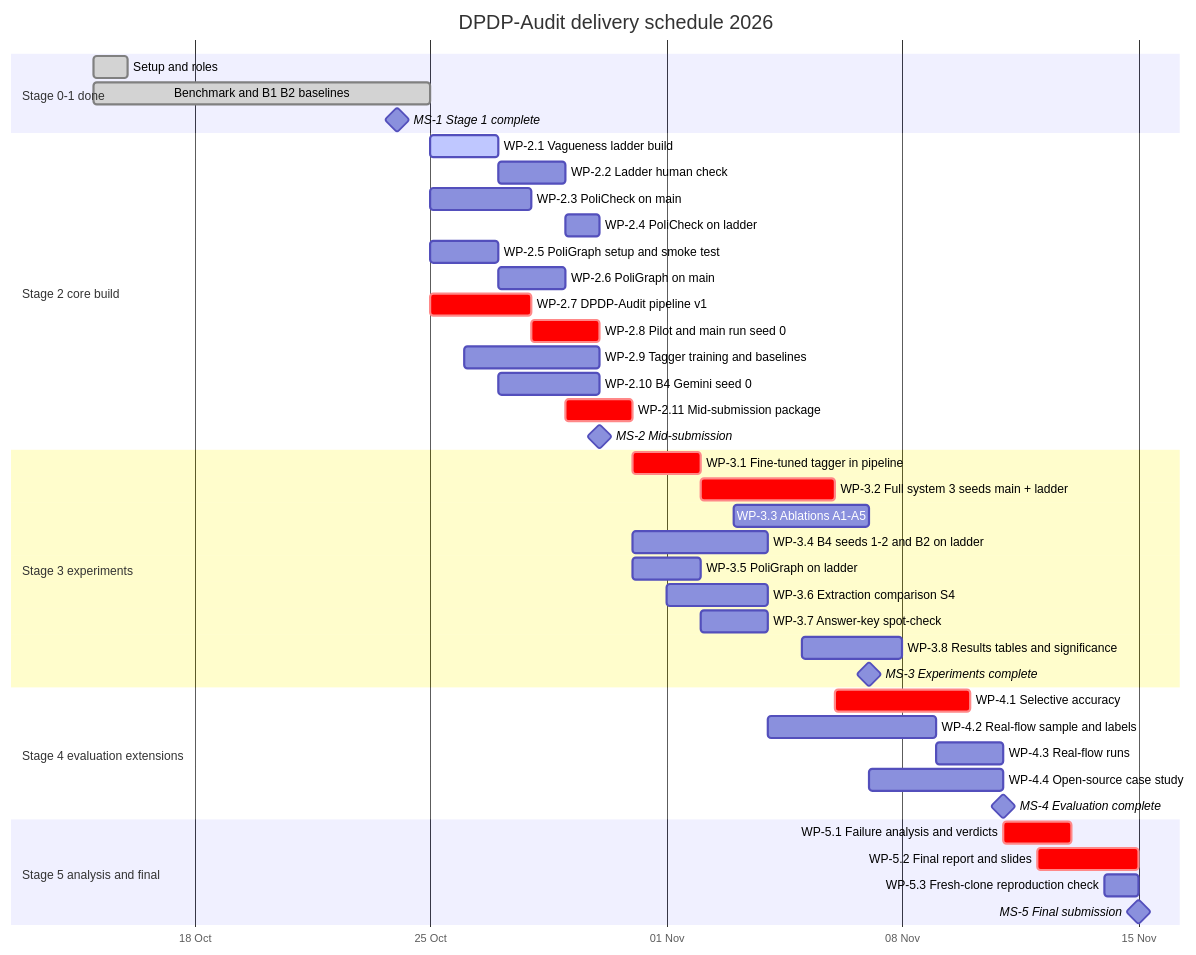
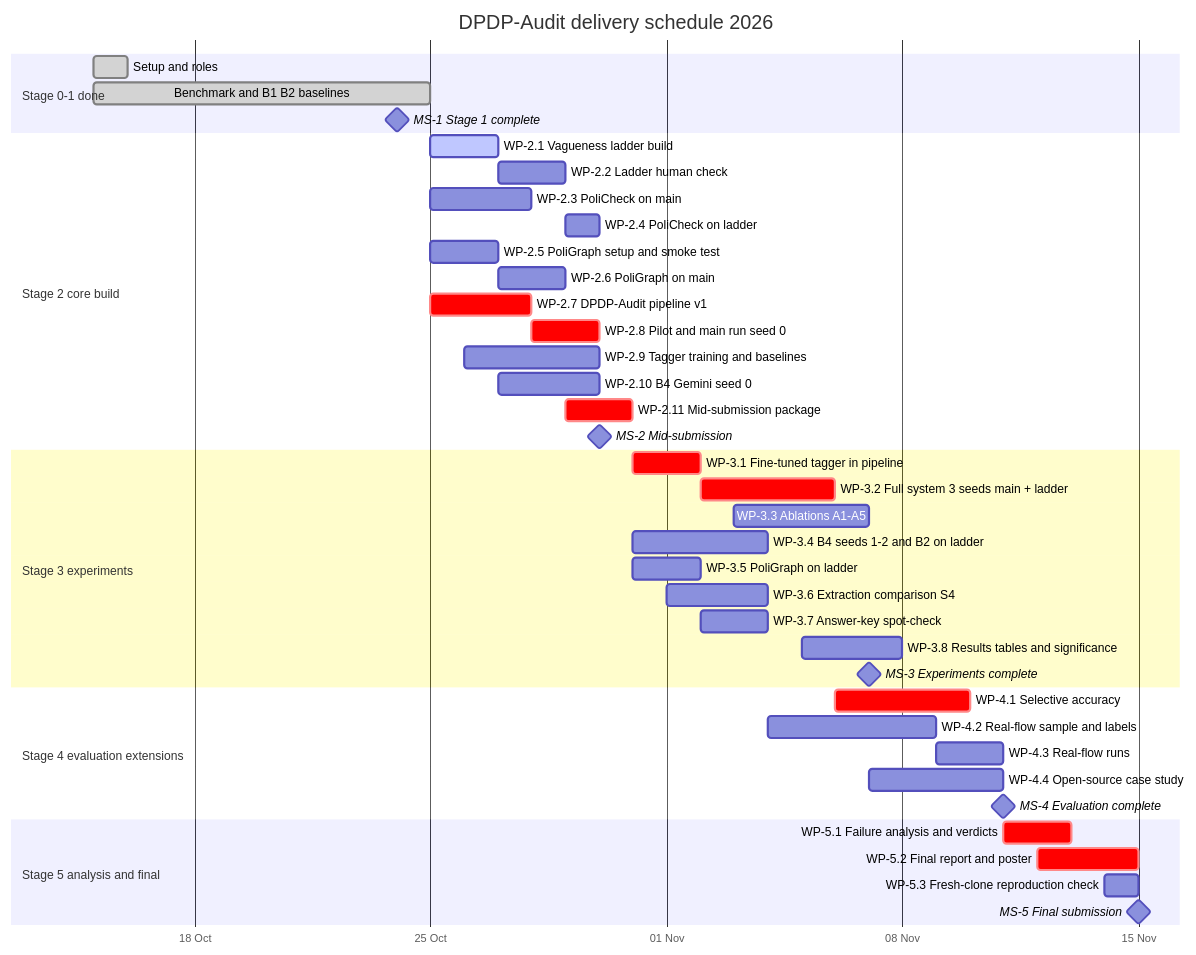
The first of 3 diagrams in plan.md (Anurag-1205/DPDP-Audit), drawn with Mermaid before and after one commit. The commit also changed other lines of this file and 10 other files, not shown here.

First line of the commit message:
Complete WP-5.1 and Stage 5; mark report and poster done

````diff
--- a/plan.md
+++ b/plan.md
@@ -49,51 +49,51 @@
 ```mermaid
 gantt
     title DPDP-Audit delivery schedule 2026
     dateFormat YYYY-MM-DD
     axisFormat %d %b
     tickInterval 1week
     todayMarker off
 
     section Stage 0-1 done
     Setup and roles                          :done, s0, 2026-10-15, 1d
     Benchmark and B1 B2 baselines            :done, s1, 2026-10-15, 10d
     MS-1 Stage 1 complete                    :milestone, ms1, 2026-10-24, 0d
 
     section Stage 2 core build
     WP-2.1 Vagueness ladder build            :active, w21, 2026-10-25, 2d
     WP-2.2 Ladder human check                :w22, after w21, 2d
     WP-2.3 PoliCheck on main                 :w23, 2026-10-25, 3d
     WP-2.4 PoliCheck on ladder               :w24, after w22, 1d
     WP-2.5 PoliGraph setup and smoke test    :w25, 2026-10-25, 2d
     WP-2.6 PoliGraph on main                 :w26, after w25, 2d
     WP-2.7 DPDP-Audit pipeline v1            :crit, w27, 2026-10-25, 3d
     WP-2.8 Pilot and main run seed 0         :crit, w28, after w27, 2d
     WP-2.9 Tagger training and baselines     :w29, 2026-10-26, 4d
     WP-2.10 B4 Gemini seed 0                 :w210, 2026-10-27, 3d
     WP-2.11 Mid-submission package           :crit, w211, 2026-10-29, 2d
     MS-2 Mid-submission                      :milestone, ms2, 2026-10-30, 0d
 
     section Stage 3 experiments
     WP-3.1 Fine-tuned tagger in pipeline     :crit, w31, 2026-10-31, 2d
     WP-3.2 Full system 3 seeds main + ladder :crit, w32, after w31, 4d
     WP-3.3 Ablations A1-A5                   :w33, 2026-11-03, 4d
     WP-3.4 B4 seeds 1-2 and B2 on ladder     :w34, 2026-10-31, 4d
     WP-3.5 PoliGraph on ladder               :w35, 2026-10-31, 2d
     WP-3.6 Extraction comparison S4          :w36, 2026-11-01, 3d
     WP-3.7 Answer-key spot-check             :w37, 2026-11-02, 2d
     WP-3.8 Results tables and significance   :w38, 2026-11-05, 3d
     MS-3 Experiments complete                :milestone, ms3, 2026-11-07, 0d
 
     section Stage 4 evaluation extensions
     WP-4.1 Selective accuracy                :crit, w41, 2026-11-06, 4d
     WP-4.2 Real-flow sample and labels       :w42, 2026-11-04, 5d
     WP-4.3 Real-flow runs                    :w43, after w42, 2d
     WP-4.4 Open-source case study            :w44, 2026-11-07, 4d
     MS-4 Evaluation complete                 :milestone, ms4, 2026-11-11, 0d
 
     section Stage 5 analysis and final
     WP-5.1 Failure analysis and verdicts     :crit, w51, 2026-11-11, 2d
-    WP-5.2 Final report and slides           :crit, w52, 2026-11-12, 3d
+    WP-5.2 Final report and poster           :crit, w52, 2026-11-12, 3d
     WP-5.3 Fresh-clone reproduction check    :w53, 2026-11-14, 1d
     MS-5 Final submission                    :milestone, ms5, 2026-11-15, 0d
 ```
````
